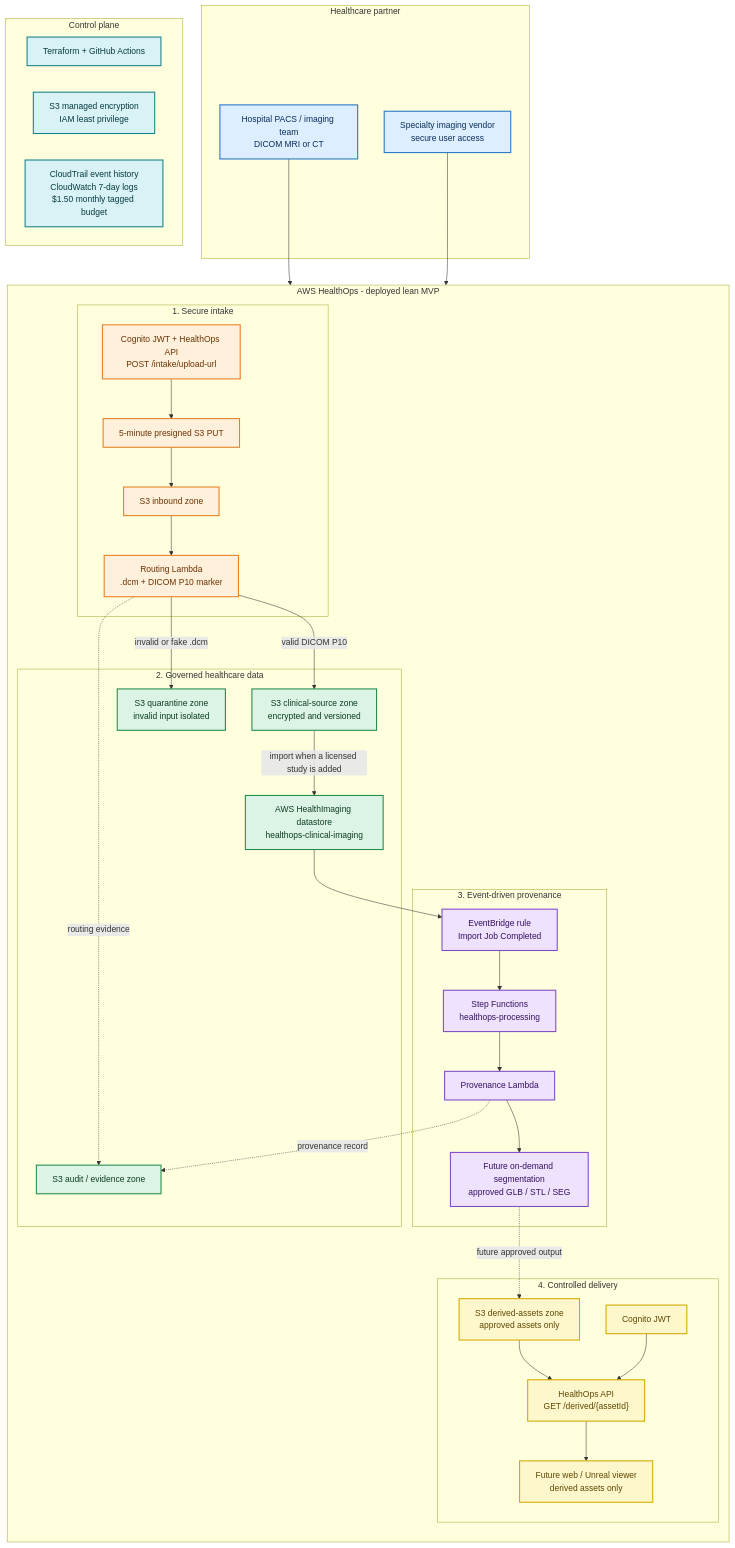
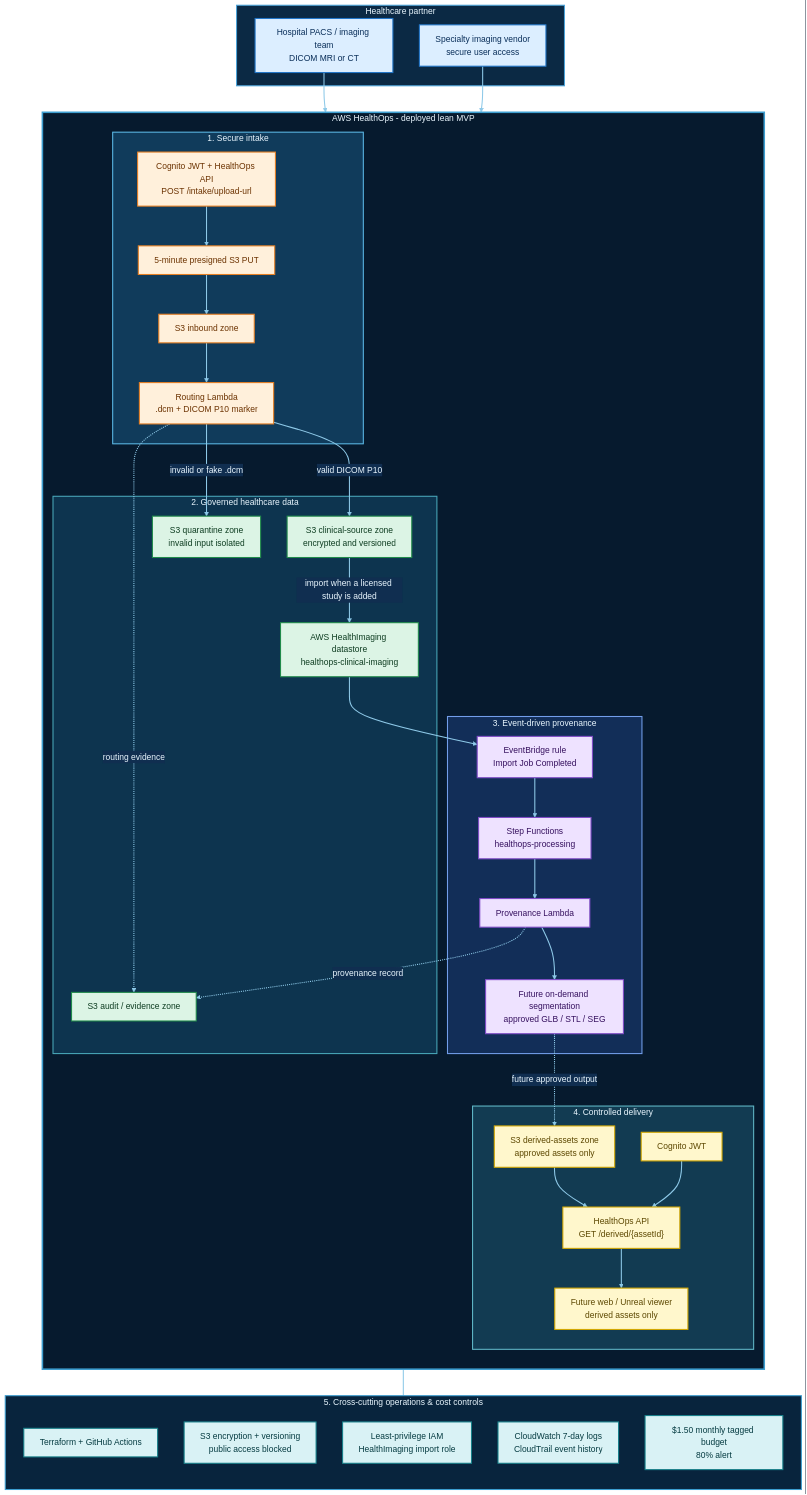
One commit to SuperCaveman/aws-health-project changed the diagram in diagrams/aws-healthops-architecture.mmd. Above: the diagram before and after it, drawn with Mermaid. The commit also changed 1 other file, not shown here.

Commit message:
docs: refine HealthOps architecture presentation

```diff
--- a/diagrams/aws-healthops-architecture.mmd
+++ b/diagrams/aws-healthops-architecture.mmd
@@ -1,68 +1,82 @@
+%%{init: {'theme':'base','themeVariables': {'background':'#061A2E','primaryTextColor':'#EAF7FF','lineColor':'#8EC9E8','edgeLabelBackground':'#102E50','fontFamily':'Arial'}}}%%
 flowchart TB
     subgraph PARTNERS["Healthcare partner"]
         H["Hospital PACS / imaging team<br/>DICOM MRI or CT"]
         V["Specialty imaging vendor<br/>secure user access"]
     end
 
     subgraph AWS["AWS HealthOps - deployed lean MVP"]
         direction TB
         subgraph INTAKE["1. Secure intake"]
             AUTHI["Cognito JWT + HealthOps API<br/>POST /intake/upload-url"]
             URL["5-minute presigned S3 PUT"]
             IN["S3 inbound zone"]
             CHECK["Routing Lambda<br/>.dcm + DICOM P10 marker"]
             AUTHI --> URL --> IN --> CHECK
         end
 
         subgraph GOVERNED["2. Governed healthcare data"]
             CLIN["S3 clinical-source zone<br/>encrypted and versioned"]
             QUAR["S3 quarantine zone<br/>invalid input isolated"]
             HIM["AWS HealthImaging datastore<br/>healthops-clinical-imaging"]
             AUDIT["S3 audit / evidence zone"]
             CHECK -->|"valid DICOM P10"| CLIN -->|"import when a licensed study is added"| HIM
             CHECK -->|"invalid or fake .dcm"| QUAR
             CHECK -. "routing evidence" .-> AUDIT
         end
 
         subgraph PROCESS["3. Event-driven provenance"]
             EVT["EventBridge rule<br/>Import Job Completed"]
             FLOW["Step Functions<br/>healthops-processing"]
             PROV["Provenance Lambda"]
             FUTURE["Future on-demand segmentation<br/>approved GLB / STL / SEG"]
             HIM --> EVT --> FLOW --> PROV --> FUTURE
             PROV -. "provenance record" .-> AUDIT
         end
 
         subgraph DELIVERY["4. Controlled delivery"]
             DER["S3 derived-assets zone<br/>approved assets only"]
             AUTHD["Cognito JWT"]
             API["HealthOps API<br/>GET /derived/{assetId}"]
             VIEW["Future web / Unreal viewer<br/>derived assets only"]
             FUTURE -. "future approved output" .-> DER
             DER --> API --> VIEW
             AUTHD --> API
         end
     end
 
     H --> AUTHI
     V --> AUTHI
+    VIEW ~~~ TF
 
-    subgraph CONTROL["Control plane"]
+    subgraph CONTROL["5. Cross-cutting operations & cost controls"]
+        direction TB
         TF["Terraform + GitHub Actions"]
-        SEC["S3 managed encryption<br/>IAM least privilege"]
-        OPS["CloudTrail event history<br/>CloudWatch 7-day logs<br/>$1.50 monthly tagged budget"]
+        SEC["S3 encryption + versioning<br/>public access blocked"]
+        IAM["Least-privilege IAM<br/>HealthImaging import role"]
+        OPS["CloudWatch 7-day logs<br/>CloudTrail event history"]
+        BUD["$1.50 monthly tagged budget<br/>80% alert"]
     end
 
     classDef partner fill:#DCEEFF,stroke:#2276C9,color:#092E59,stroke-width:2px;
     classDef intake fill:#FFF0DB,stroke:#E67E22,color:#6B3200,stroke-width:2px;
     classDef governed fill:#DCF4E5,stroke:#218B4B,color:#0D3C20,stroke-width:2px;
     classDef process fill:#EEE2FF,stroke:#7F4BC7,color:#35105E,stroke-width:2px;
     classDef delivery fill:#FFF7CC,stroke:#D4A800,color:#5C4700,stroke-width:2px;
     classDef control fill:#D9F2F5,stroke:#16808A,color:#053B41,stroke-width:2px;
 
     class H,V partner;
     class AUTHI,URL,IN,CHECK intake;
     class CLIN,QUAR,HIM,AUDIT governed;
     class EVT,FLOW,PROV,FUTURE process;
     class DER,AUTHD,API,VIEW delivery;
-    class TF,SEC,OPS control;
+    class TF,SEC,IAM,OPS,BUD control;
+
+    style PARTNERS fill:#0B2944,stroke:#4BA3D9,color:#EAF7FF,stroke-width:2px
+    style AWS fill:#061A2E,stroke:#3D9ED0,color:#EAF7FF,stroke-width:3px
+    style INTAKE fill:#103B5B,stroke:#5BB8E6,color:#EAF7FF,stroke-width:2px
+    style GOVERNED fill:#0D344F,stroke:#49A7B9,color:#EAF7FF,stroke-width:2px
+    style PROCESS fill:#122E58,stroke:#729EEA,color:#EAF7FF,stroke-width:2px
+    style DELIVERY fill:#123B52,stroke:#61B8C8,color:#EAF7FF,stroke-width:2px
+    style CONTROL fill:#08243D,stroke:#3D9ED0,color:#EAF7FF,stroke-width:2px
+    linkStyle default stroke:#8EC9E8,stroke-width:2px
```
